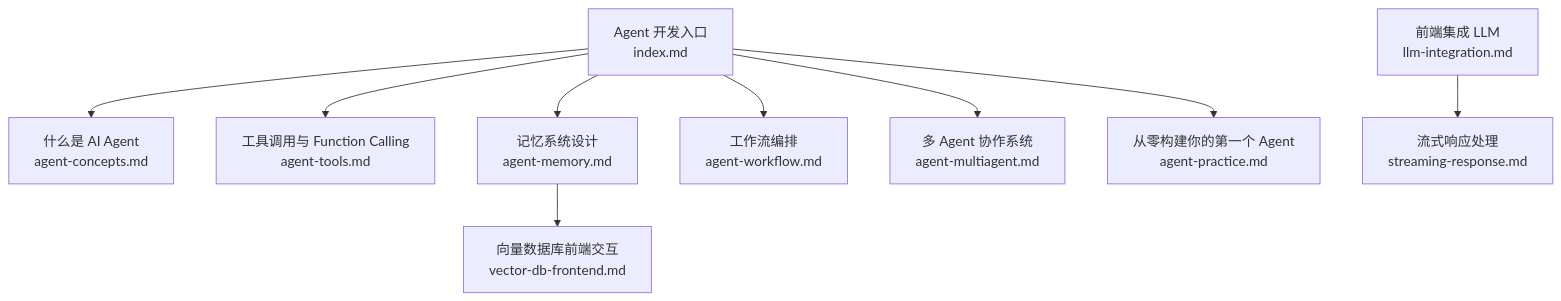
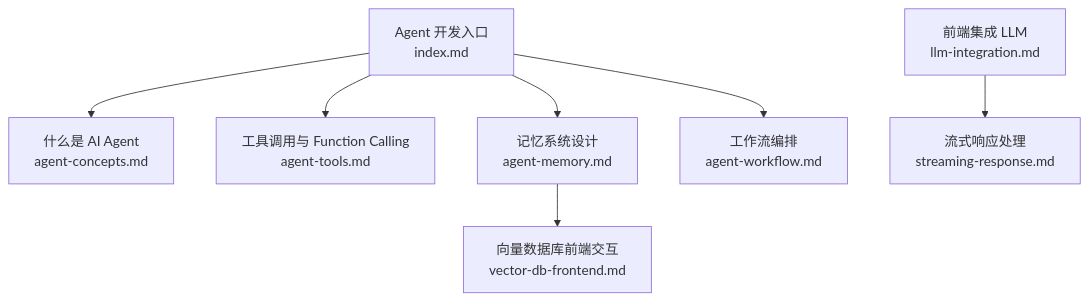
Before and after one commit to UnicornXU/knowledge-base: the first of 7 diagrams in .qoder/repowiki/zh/content/AI 应用开发专题/Agent 开发专题.md, drawn with Mermaid. The commit also changed other lines of this file and 8 other files, not shown here.

````diff
--- a/.qoder/repowiki/zh/content/AI 应用开发专题/Agent 开发专题.md
+++ b/.qoder/repowiki/zh/content/AI 应用开发专题/Agent 开发专题.md
@@ -35,11 +43,9 @@
 ```mermaid
 graph TB
 A["Agent 开发入口<br/>index.md"] --> B["什么是 AI Agent<br/>agent-concepts.md"]
 A --> C["工具调用与 Function Calling<br/>agent-tools.md"]
 A --> D["记忆系统设计<br/>agent-memory.md"]
 A --> E["工作流编排<br/>agent-workflow.md"]
-A --> F["多 Agent 协作系统<br/>agent-multiagent.md"]
-A --> G["从零构建你的第一个 Agent<br/>agent-practice.md"]
 H["前端集成 LLM<br/>llm-integration.md"] --> I["流式响应处理<br/>streaming-response.md"]
 D --> J["向量数据库前端交互<br/>vector-db-frontend.md"]
 ```
````
